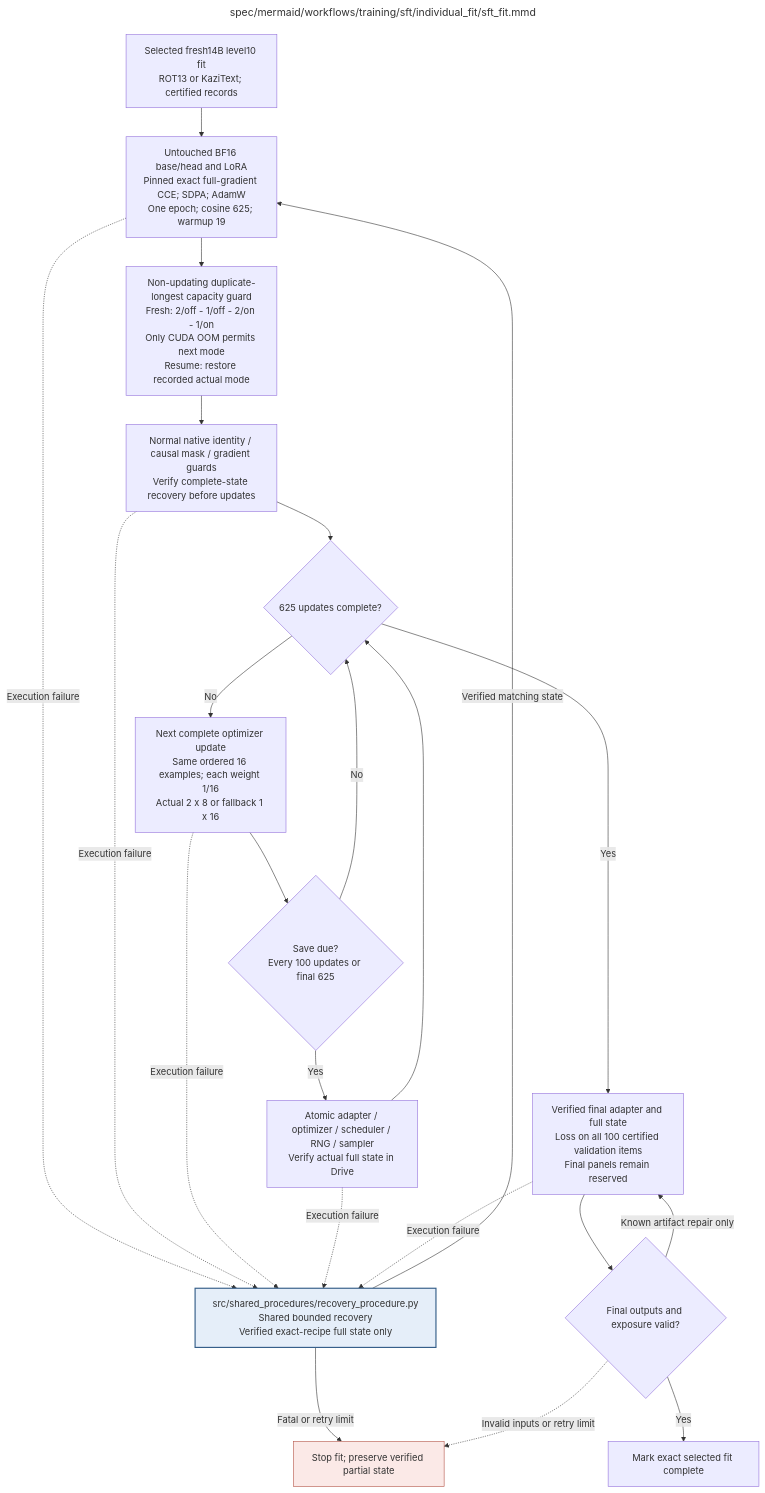
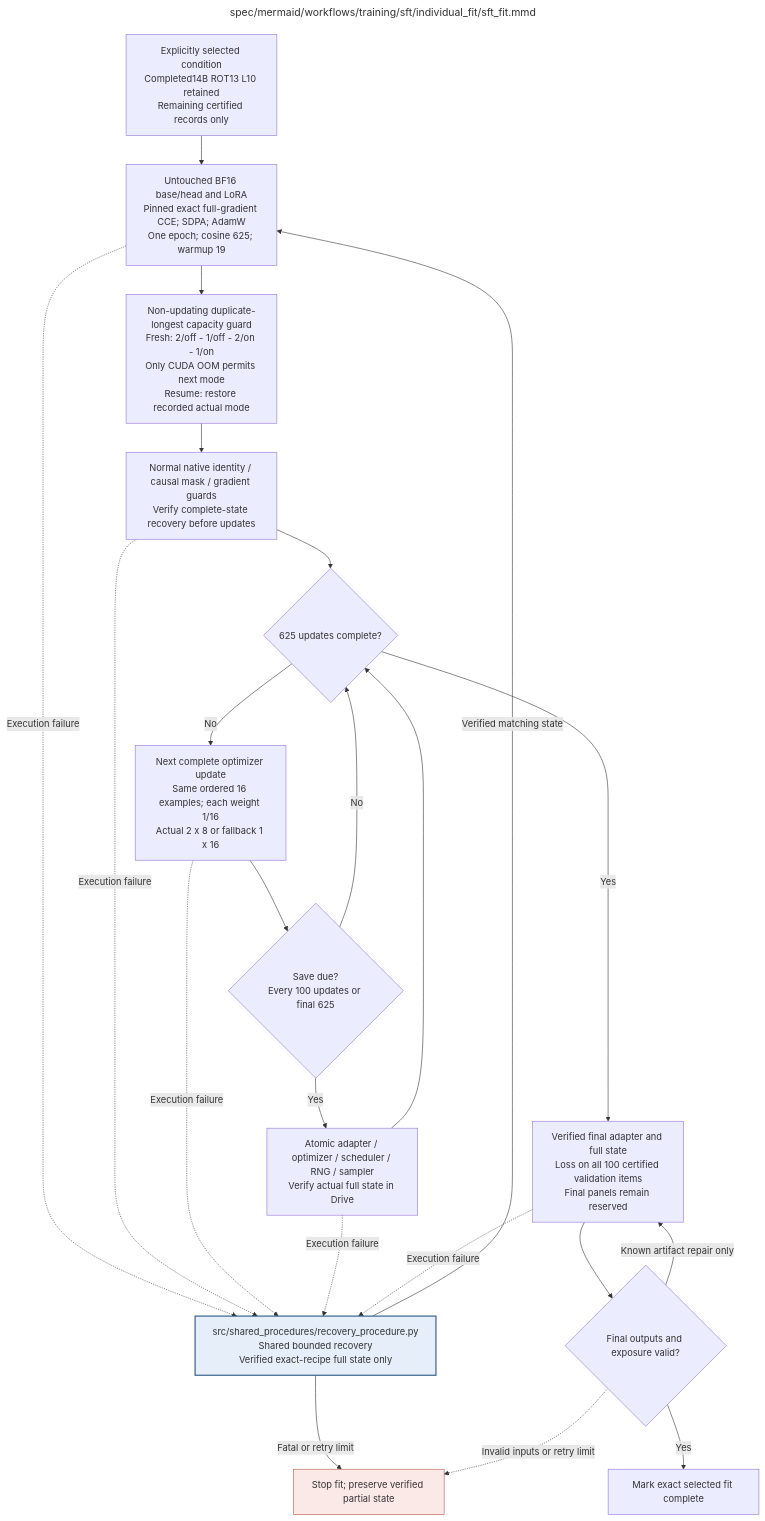
Before and after one commit to AJUNNYC/inducing_persistent_textual_chain_of_thought_illegibility: the diagram in docs/modules/training/sft/individual_fit/sft_fit.md, drawn with Mermaid. The commit also changed other lines of this file and 28 other files, not shown here.

Commit message:
Document completed 14B ROT13 fit and authorized SFT campaign

````diff
--- a/docs/modules/training/sft/individual_fit/sft_fit.md
+++ b/docs/modules/training/sft/individual_fit/sft_fit.md
@@ -126,59 +128,61 @@
 ```mermaid
 ---
 title: "spec/mermaid/workflows/training/sft/individual_fit/sft_fit.mmd"
 ---
 flowchart TD
 %% efficient_one_epoch_v1: BF16 unquantized base/head, full-gradient direct CCE, SDPA, AdamW.
 %% CCE pinned upstream; filter_eps=None, filter_e_grad=False, filter_c_grad=False.
 %% FP32 loss and hidden-gradient accumulation; no gradient pruning or Qwen patch.
 %% No materialized full token-by-vocabulary logits; no equivalence to historical FP32 head promised.
 %% All 10,000 examples once; 625 updates and 19 warmup; request micro 2 / accumulation 8 / effective 16.
 %% Capacity fallback micro 1 / accumulation 16; same ordered 16 examples/update, per-example weight 1/16.
 %% Execution grouping, padding, dropout draws and rounding differ; no measured batching speedup.
 %% Completion-only per-example means; full 4096 eligibility without truncation; seed 42.
 %% LoRA 8 / 16 / .05, all seven projections, LR 2e-4, zero decay, max norm .3.
 %% Checkpoints every 100 updates and final 625; actual Drive verification before retention/completion.
-%% Native startup unrun; selected fresh14B ROT13 L10 and KaziText L10, PAUSED pending GPU access.
+%% Observed: 14B ROT13 L10 completed 625 with native guards passed; actual 1 x 16, checkpointing off.
+%% Final adapter/full state Drive-verified; source 2ea4fb9/config 6f7e5048 remain immutable.
+%% 39 conditions uncompleted; $240 authorized 13 Oct. No new worker launch implied.
 %% Fresh non-updating duplicate-longest capacity guard: 2/off, 1/off, 2/on, 1/on; CUDA-OOM-only fallback.
 %% Exact-fit recovery restores recorded actual batch/accumulation/recomputation, never changes it.
 %% Policy v2 has a distinct execution identity; old NF4 or prior-policy states cannot be relabelled.
 %% Child: RECOVER => ../../../shared_procedures/recovery_procedure.mmd
-    INPUT["Selected fresh14B level10 fit<br/>ROT13 or KaziText; certified records"]
+    INPUT["Explicitly selected condition<br/>Completed14B ROT13 L10 retained<br/>Remaining certified records only"]
     SETUP["Untouched BF16 base/head and LoRA<br/>Pinned exact full-gradient CCE; SDPA; AdamW<br/>One epoch; cosine 625; warmup 19"]
     CAPACITY["Non-updating duplicate-longest capacity guard<br/>Fresh: 2/off - 1/off - 2/on - 1/on<br/>Only CUDA OOM permits next mode<br/>Resume: restore recorded actual mode"]
     GUARDS["Normal native identity / causal mask / gradient guards<br/>Verify complete-state recovery before updates"]
     DONE{"625 updates complete?"}
     STEP["Next complete optimizer update<br/>Same ordered 16 examples; each weight 1/16<br/>Actual 2 x 8 or fallback 1 x 16"]
     DUE{"Save due?<br/>Every 100 updates or final 625"}
     SAVE["Atomic adapter / optimizer / scheduler / RNG / sampler<br/>Verify actual full state in Drive"]
     FINAL["Verified final adapter and full state<br/>Loss on all 100 certified validation items<br/>Final panels remain reserved"]
     AUDIT{"Final outputs and exposure valid?"}
     OUT["Mark exact selected fit complete"]
     RECOVER["src/shared_procedures/recovery_procedure.py<br/>Shared bounded recovery<br/>Verified exact-recipe full state only"]
     STOP["Stop fit; preserve verified partial state"]
     INPUT --> SETUP --> CAPACITY --> GUARDS --> DONE
     DONE -->|No| STEP --> DUE
     DUE -->|Yes| SAVE --> DONE
     DUE -->|No| DONE
     DONE -->|Yes| FINAL --> AUDIT
     AUDIT -->|Yes| OUT
     AUDIT -->|Known artifact repair only| FINAL
     SETUP -.->|Execution failure| RECOVER
     GUARDS -.->|Execution failure| RECOVER
     STEP -.->|Execution failure| RECOVER
     SAVE -.->|Execution failure| RECOVER
     FINAL -.->|Execution failure| RECOVER
     RECOVER -->|Verified matching state| SETUP
     RECOVER -->|Fatal or retry limit| STOP
     AUDIT -.->|Invalid inputs or retry limit| STOP
     classDef detail fill:#e5eef9,stroke:#365f8a,stroke-width:2px
     class RECOVER detail
     classDef stop fill:#fbe9e7,stroke:#b45448
     class STOP stop
 
 %% Repository module: src/training/sft/individual_fit/sft_fit.py
 %% Module documentation: docs/modules/training/sft/individual_fit/sft_fit.md
 %% Unit test: tests/unit/training/sft/individual_fit/test_sft_fit.py
 %% Owner: sft
 %% Source sections: C.2.2-C.2.4; E.1.3; E.2.4,E.2.6; H.9; authorized efficient redesign
 ```
````
